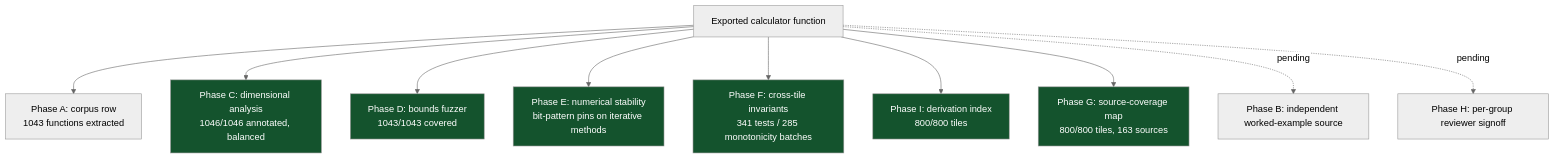
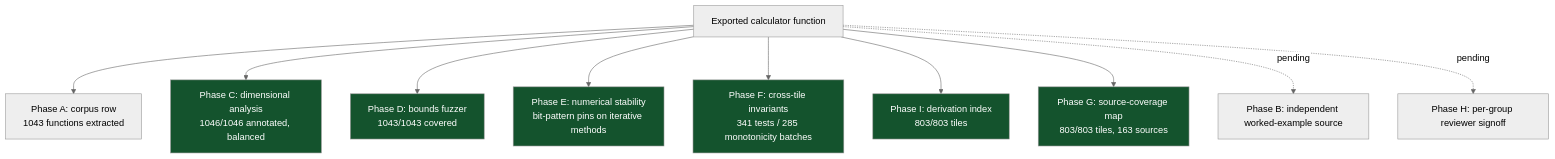
The sixth of 8 diagrams in README.md (clay-good/roughlogic.com), drawn with Mermaid (neutral theme) before and after one commit. The commit also changed other lines of this file and 18 other files, not shown here.

````diff
--- a/README.md
+++ b/README.md
@@ -519,18 +519,18 @@
 ```mermaid
 flowchart TB
     F[Exported calculator function] --> A[Phase A: corpus row\n1043 functions extracted]
     F --> C[Phase C: dimensional analysis\n1046/1046 annotated, balanced]
     F --> D[Phase D: bounds fuzzer\n1043/1043 covered]
     F --> E[Phase E: numerical stability\nbit-pattern pins on iterative methods]
     F --> Fa[Phase F: cross-tile invariants\n341 tests / 285 monotonicity batches]
-    F --> I[Phase I: derivation index\n800/800 tiles]
-    F --> G[Phase G: source-coverage map\n800/800 tiles, 163 sources]
+    F --> I[Phase I: derivation index\n803/803 tiles]
+    F --> G[Phase G: source-coverage map\n803/803 tiles, 163 sources]
     F -.pending.-> B[Phase B: independent worked-example source]
     F -.pending.-> H[Phase H: per-group reviewer signoff]
     style C fill:#14532d,color:#fff
     style D fill:#14532d,color:#fff
     style E fill:#14532d,color:#fff
     style Fa fill:#14532d,color:#fff
     style G fill:#14532d,color:#fff
     style I fill:#14532d,color:#fff
 ```
````
